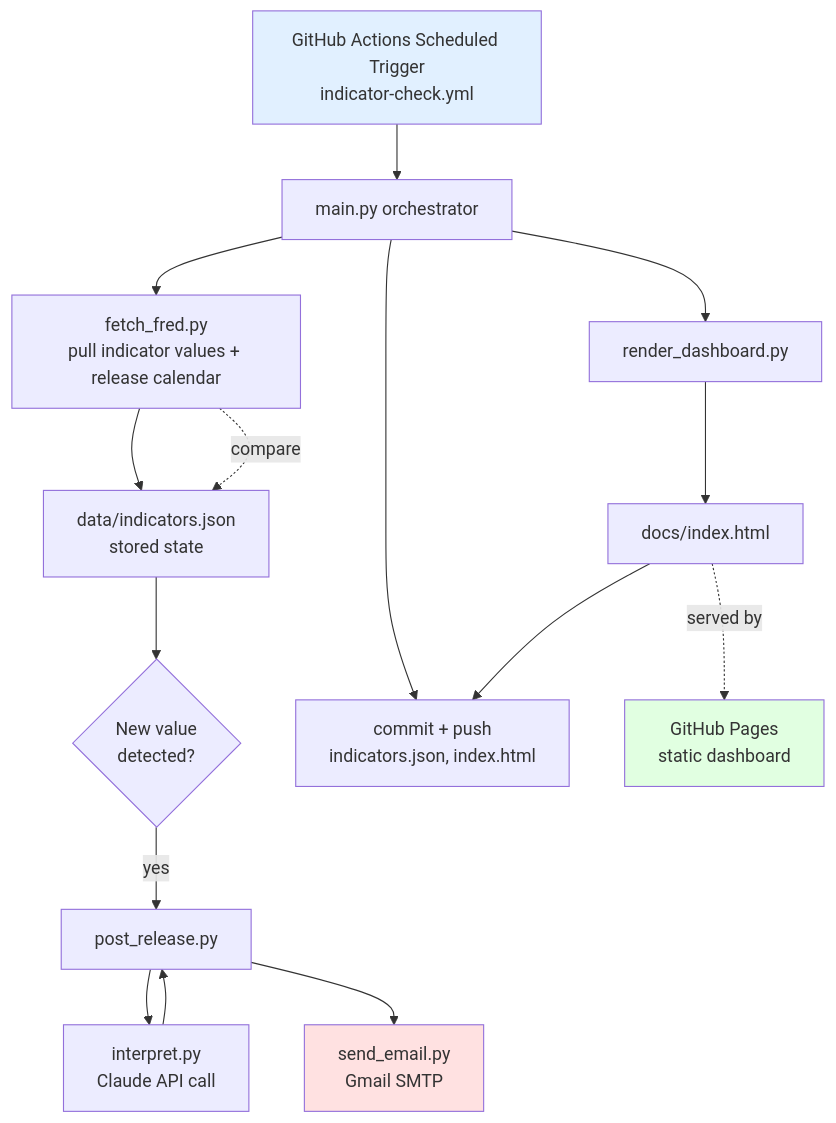
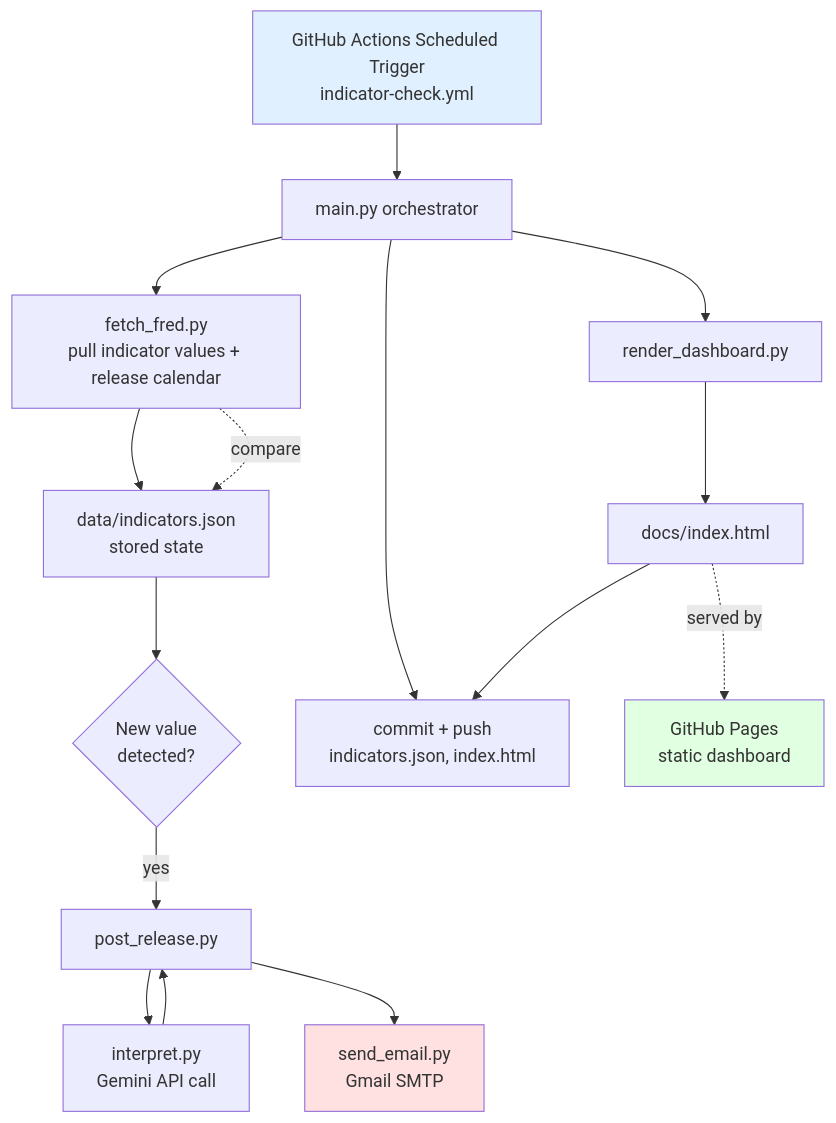
The diagram in v1_technical_design.md (lw7ylw7y/financials), drawn with Mermaid before and after one commit. The commit also changed other lines of this file and 17 other files, not shown here.

````diff
--- a/v1_technical_design.md
+++ b/v1_technical_design.md
@@ -10,26 +10,26 @@
 ```mermaid
 graph TD
     A[GitHub Actions Scheduled Trigger<br/>indicator-check.yml] --> B[main.py orchestrator]
 
     B --> C[fetch_fred.py<br/>pull indicator values + release calendar]
     C --> D[data/indicators.json<br/>stored state]
     C -.compare.-> D
 
     D --> G{New value<br/>detected?}
     G -->|yes| H[post_release.py]
-    H --> I[interpret.py<br/>Claude API call]
+    H --> I[interpret.py<br/>Gemini API call]
     I --> H
     H --> J[send_email.py<br/>Gmail SMTP]
 
     B --> K[render_dashboard.py]
     K --> L[docs/index.html]
 
     B --> M[commit + push<br/>indicators.json, index.html]
     L --> M
 
     L -.served by.-> N[GitHub Pages<br/>static dashboard]
 
     style A fill:#e1f0ff
     style J fill:#ffe1e1
     style N fill:#e1ffe1
 ```
````
